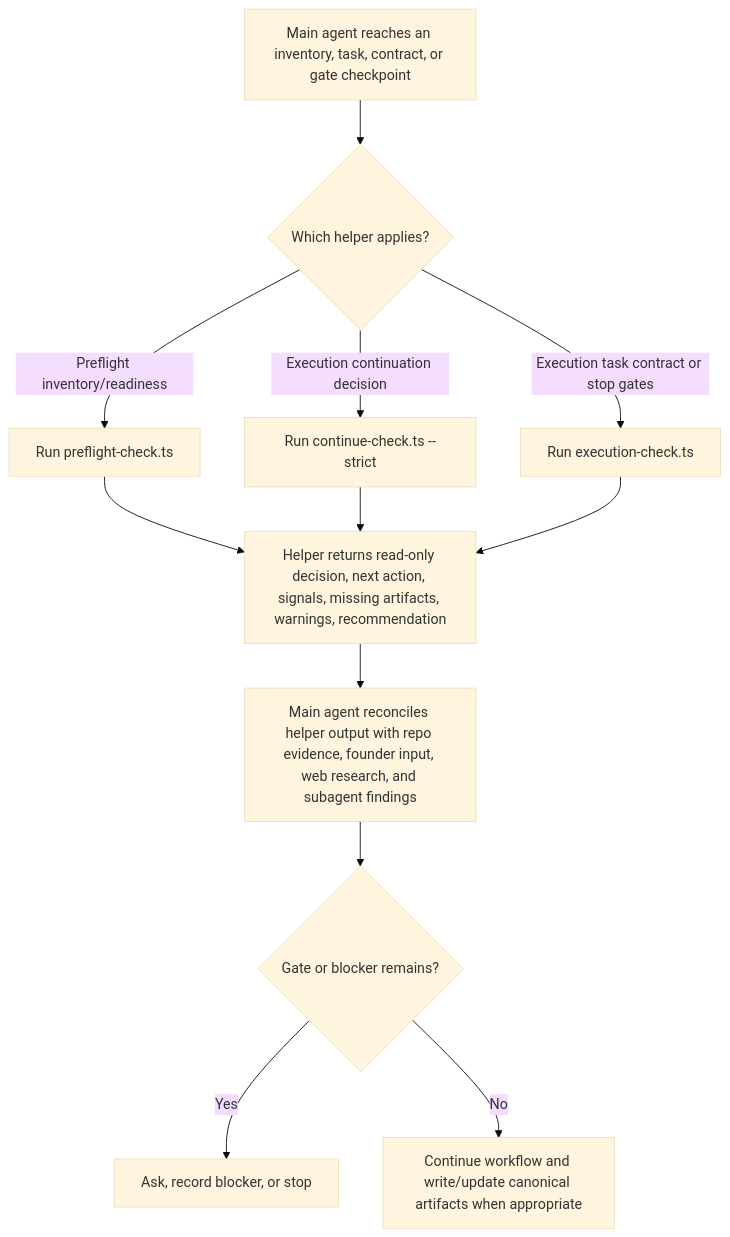
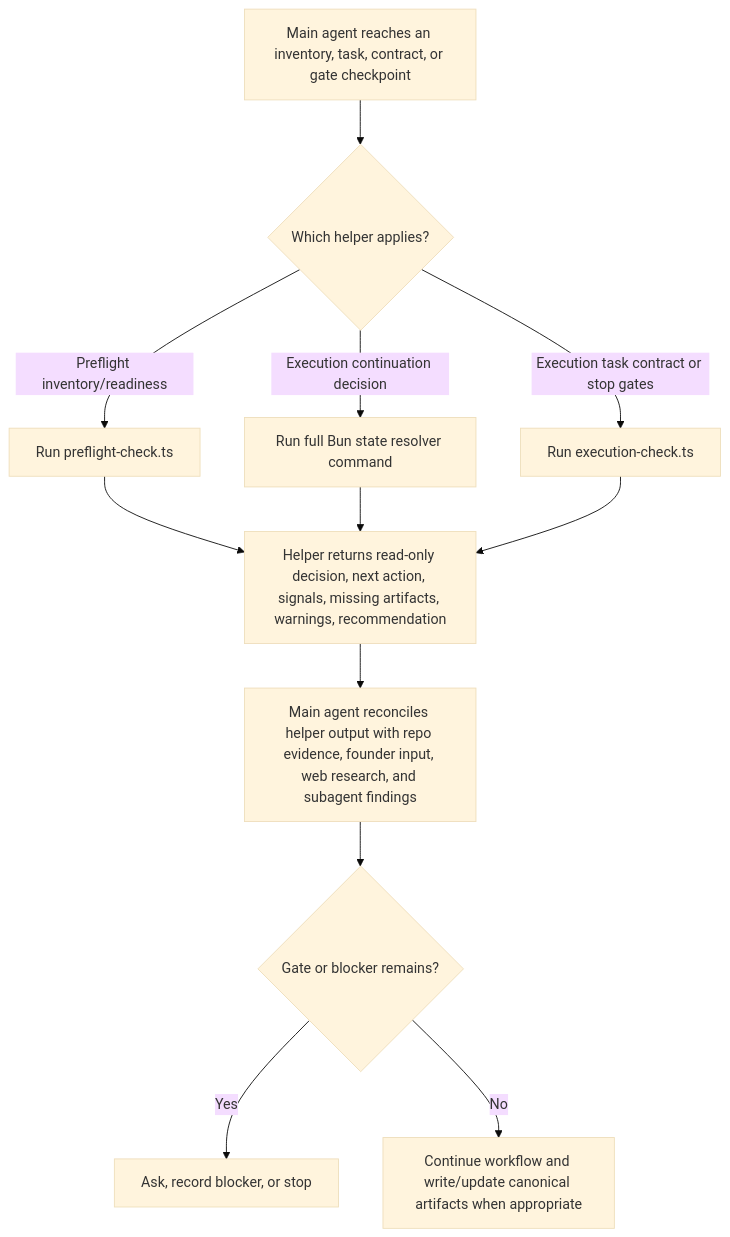
One commit to pax-k/build-right changed the tenth of 12 diagrams in docs/agent-skills-flow-diagrams.md. Above: the diagram before and after it, drawn with Mermaid (base theme). The commit also changed other lines of this file and 8 other files, not shown here.

````diff
--- a/docs/agent-skills-flow-diagrams.md
+++ b/docs/agent-skills-flow-diagrams.md
@@ -332,18 +332,18 @@
 ```mermaid
 flowchart TD
   A["Main agent reaches an inventory, task, contract, or gate checkpoint"] --> B{"Which helper applies?"}
 
   B -->|"Preflight inventory/readiness"| C["Run preflight-check.ts"]
-  B -->|"Execution continuation decision"| D["Run continue-check.ts --strict"]
+  B -->|"Execution continuation decision"| D["Run full Bun state resolver command"]
   B -->|"Execution task contract or stop gates"| D1["Run execution-check.ts"]
 
   C --> E["Helper returns read-only decision, next action, signals, missing artifacts, warnings, recommendation"]
   D --> E
   D1 --> E
 
   E --> F["Main agent reconciles helper output with repo evidence, founder input, web research, and subagent findings"]
   F --> G{"Gate or blocker remains?"}
 
   G -->|"Yes"| H["Ask, record blocker, or stop"]
   G -->|"No"| I["Continue workflow and write/update canonical artifacts when appropriate"]
 ```
````
